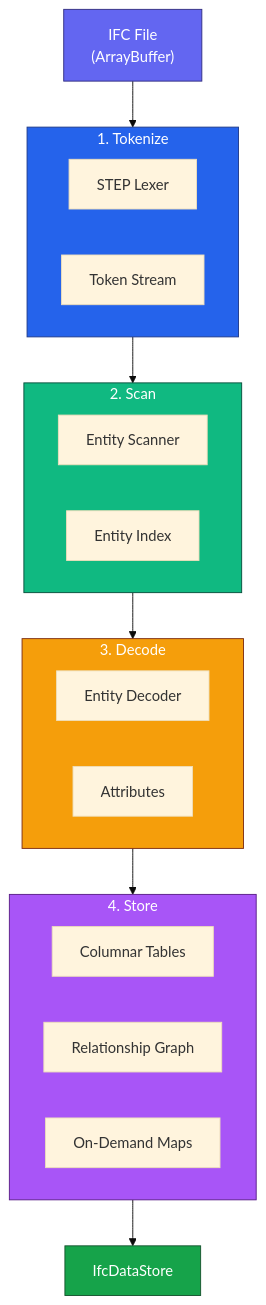
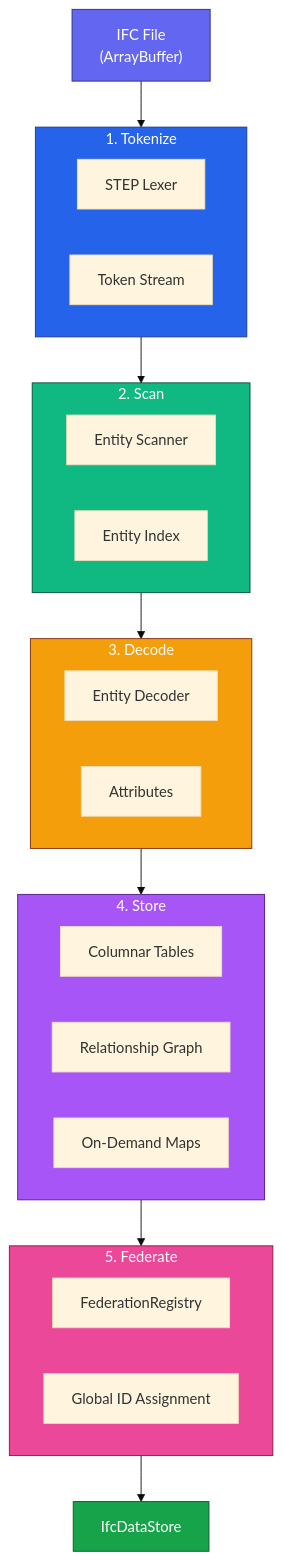
Before and after one commit to louistrue/ifc-lite: the tenth of 18 diagrams in docs/architecture/overview.md, drawn with Mermaid (base theme). The commit also changed other lines of this file and 33 other files, not shown here.

````diff
--- a/docs/architecture/overview.md
+++ b/docs/architecture/overview.md
@@ -297,40 +325,47 @@
 ```mermaid
 flowchart TB
     Input["IFC File<br/>(ArrayBuffer)"]
 
     subgraph Tokenize["1. Tokenize"]
         STEP["STEP Lexer"]
         Tokens["Token Stream"]
     end
 
     subgraph Scan["2. Scan"]
         EntityScan["Entity Scanner"]
         Index["Entity Index"]
     end
 
     subgraph Decode["3. Decode"]
         Decoder["Entity Decoder"]
         Attrs["Attributes"]
     end
 
     subgraph Store["4. Store"]
         Tables["Columnar Tables"]
         Graph["Relationship Graph"]
         OnDemand["On-Demand Maps"]
     end
 
+    subgraph Federate["5. Federate"]
+        Registry["FederationRegistry"]
+        GlobalIDs["Global ID Assignment"]
+    end
+
     Output["IfcDataStore"]
 
     Input --> Tokenize
     Tokenize --> Scan
     Scan --> Decode
     Decode --> Store
-    Store --> Output
+    Store --> Federate
+    Federate --> Output
 
     style Input fill:#6366f1,stroke:#312e81,color:#fff
     style Tokenize fill:#2563eb,stroke:#1e3a8a,color:#fff
     style Scan fill:#10b981,stroke:#064e3b,color:#fff
     style Decode fill:#f59e0b,stroke:#7c2d12,color:#fff
     style Store fill:#a855f7,stroke:#581c87,color:#fff
+    style Federate fill:#ec4899,stroke:#831843,color:#fff
     style Output fill:#16a34a,stroke:#14532d,color:#fff
 ```
````
